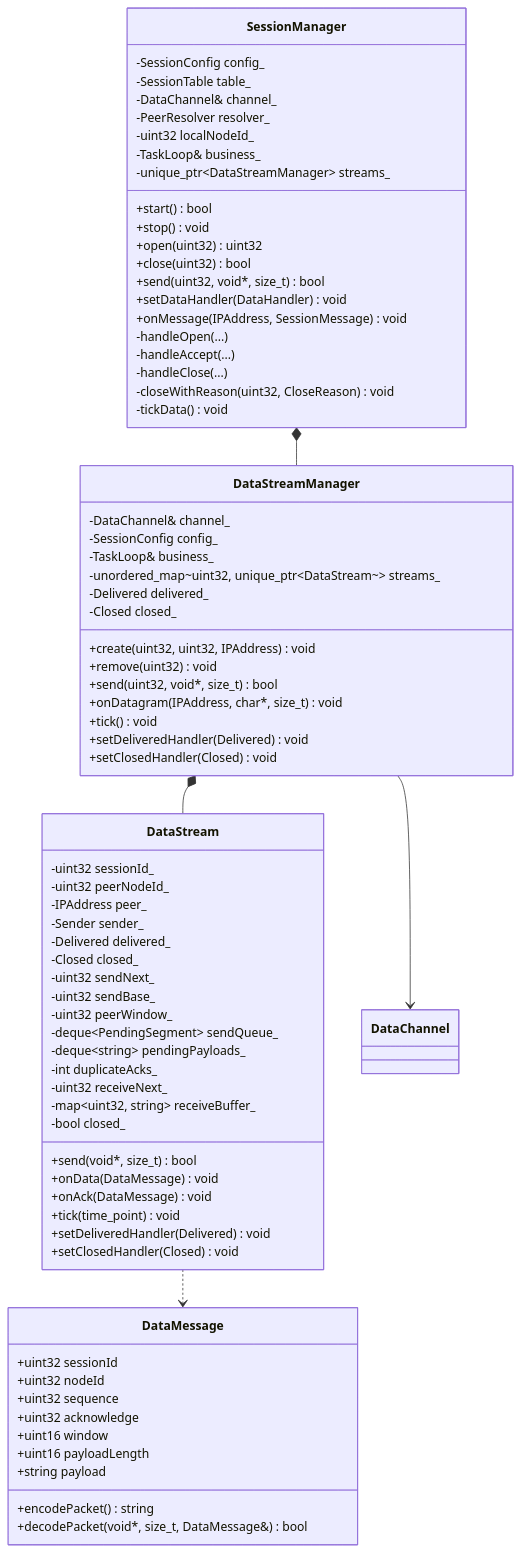
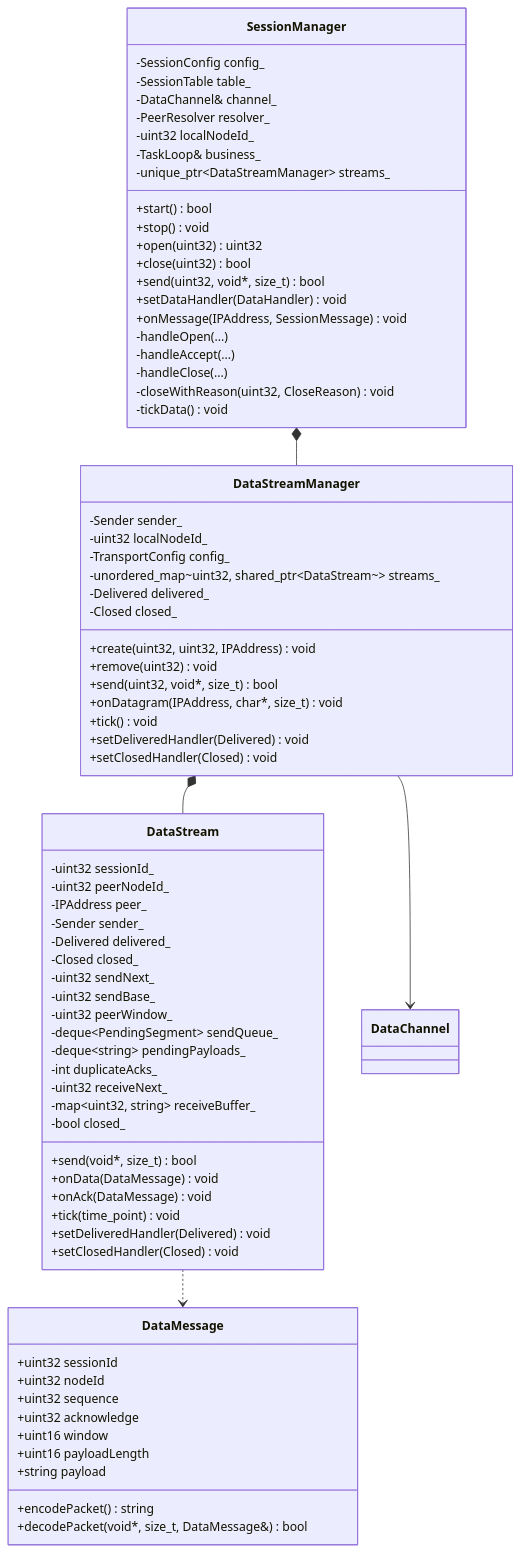
The diagram in docs/transport-protocol.md (GoodBye-cn/NetProxy), drawn with Mermaid before and after one commit. The commit also changed other lines of this file and 21 other files, not shown here.

````diff
--- a/docs/transport-protocol.md
+++ b/docs/transport-protocol.md
@@ -50,81 +50,81 @@
 ```mermaid
 classDiagram
     class SessionManager {
         -SessionConfig config_
         -SessionTable table_
         -DataChannel& channel_
         -PeerResolver resolver_
         -uint32 localNodeId_
         -TaskLoop& business_
         -unique_ptr~DataStreamManager~ streams_
         +start() bool
         +stop() void
         +open(uint32) uint32
         +close(uint32) bool
         +send(uint32, void*, size_t) bool
         +setDataHandler(DataHandler) void
         +onMessage(IPAddress, SessionMessage) void
         -handleOpen(...)
         -handleAccept(...)
         -handleClose(...)
         -closeWithReason(uint32, CloseReason) void
         -tickData() void
     }
 
     class DataStreamManager {
-        -DataChannel& channel_
-        -SessionConfig config_
-        -TaskLoop& business_
-        -unordered_map~uint32, unique_ptr~DataStream~~ streams_
+        -Sender sender_
+        -uint32 localNodeId_
+        -TransportConfig config_
+        -unordered_map~uint32, shared_ptr~DataStream~~ streams_
         -Delivered delivered_
         -Closed closed_
         +create(uint32, uint32, IPAddress) void
         +remove(uint32) void
         +send(uint32, void*, size_t) bool
         +onDatagram(IPAddress, char*, size_t) void
         +tick() void
         +setDeliveredHandler(Delivered) void
         +setClosedHandler(Closed) void
     }
 
     class DataStream {
         -uint32 sessionId_
         -uint32 peerNodeId_
         -IPAddress peer_
         -Sender sender_
         -Delivered delivered_
         -Closed closed_
         -uint32 sendNext_
         -uint32 sendBase_
         -uint32 peerWindow_
         -deque~PendingSegment~ sendQueue_
         -deque~string~ pendingPayloads_
         -int duplicateAcks_
         -uint32 receiveNext_
         -map~uint32, string~ receiveBuffer_
         -bool closed_
         +send(void*, size_t) bool
         +onData(DataMessage) void
         +onAck(DataMessage) void
         +tick(time_point) void
         +setDeliveredHandler(Delivered) void
         +setClosedHandler(Closed) void
     }
 
     class DataMessage {
         +uint32 sessionId
         +uint32 nodeId
         +uint32 sequence
         +uint32 acknowledge
         +uint16 window
         +uint16 payloadLength
         +string payload
         +encodePacket() string
         +decodePacket(void*, size_t, DataMessage&) bool
     }
 
     SessionManager *-- DataStreamManager
     DataStreamManager *-- DataStream
     DataStream ..> DataMessage
     DataStreamManager --> DataChannel
 ```
````
